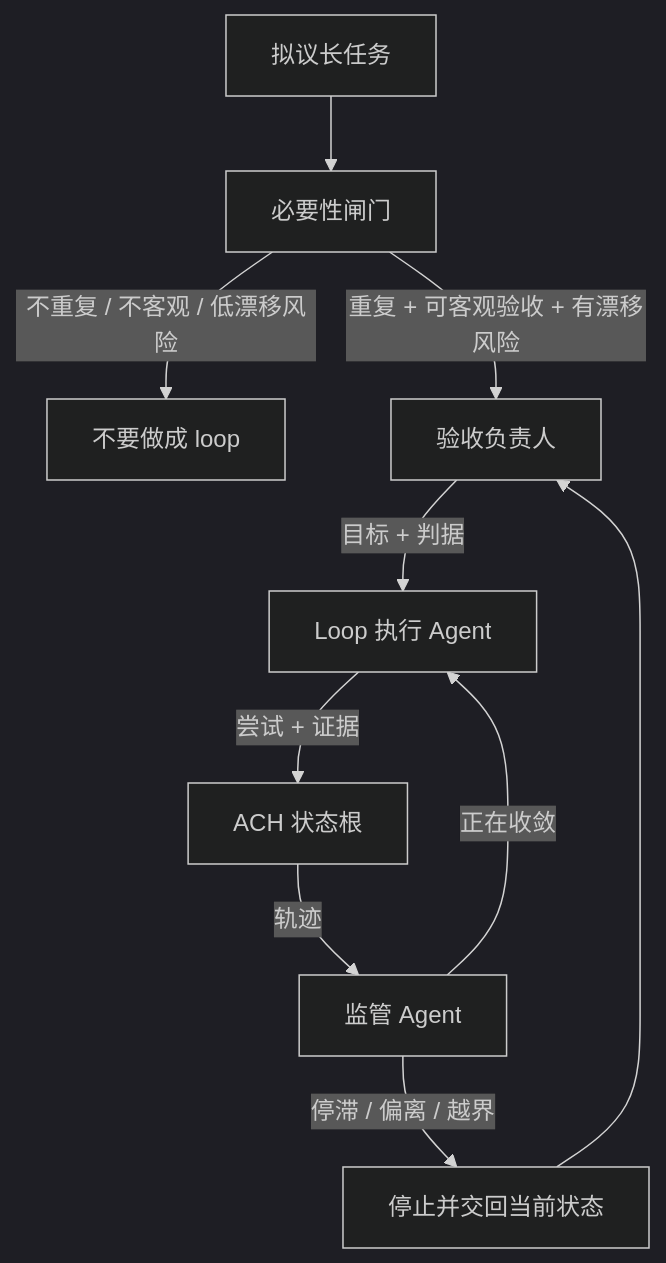
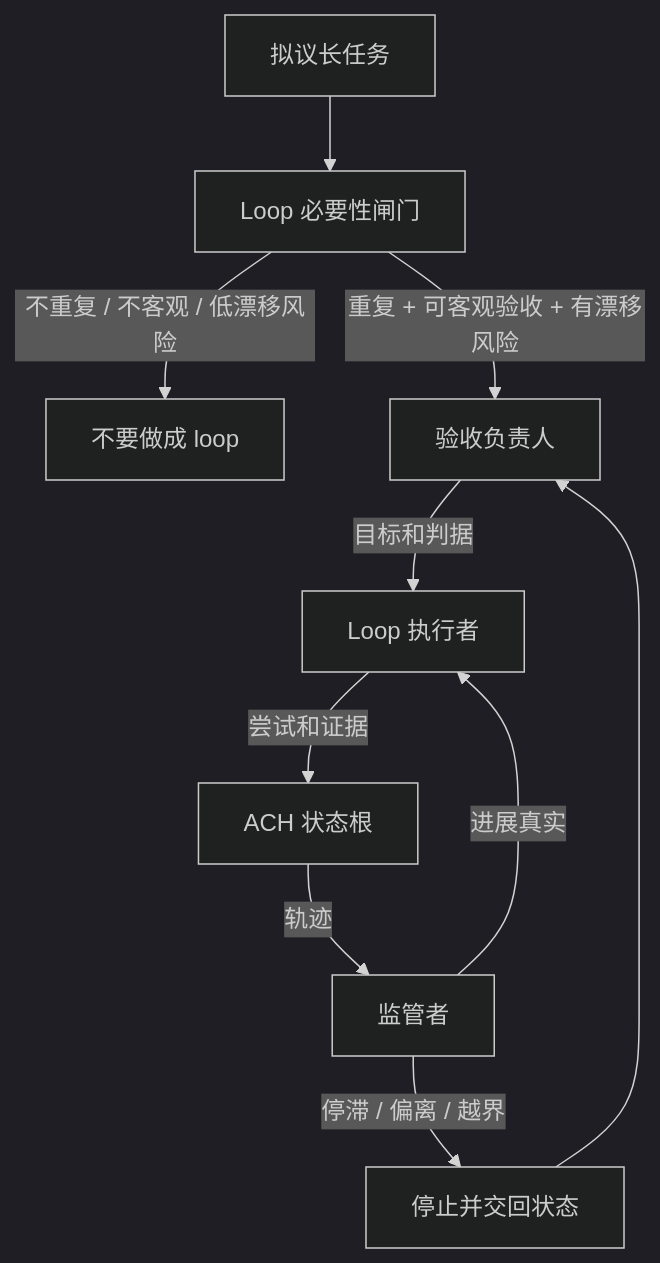
One commit to bagbag16/loop-builder changed the diagram in README.zh.md. Above: the diagram before and after it, drawn with Mermaid (dark theme). The commit also changed other lines of this file, not shown here.

````diff
--- a/README.zh.md
+++ b/README.zh.md
@@ -16,12 +12,12 @@
 ```mermaid
 flowchart TD
-  T["拟议长任务"] --> G["必要性闸门"]
+  T["拟议长任务"] --> G["Loop 必要性闸门"]
   G -->|"不重复 / 不客观 / 低漂移风险"| N["不要做成 loop"]
   G -->|"重复 + 可客观验收 + 有漂移风险"| A["验收负责人"]
-  A -->|"目标 + 判据"| L["Loop 执行 Agent"]
-  L -->|"尝试 + 证据"| S["ACH 状态根"]
-  S -->|"轨迹"| R["监管 Agent"]
-  R -->|"正在收敛"| L
-  R -->|"停滞 / 偏离 / 越界"| H["停止并交回当前状态"]
+  A -->|"目标和判据"| L["Loop 执行者"]
+  L -->|"尝试和证据"| S["ACH 状态根"]
+  S -->|"轨迹"| R["监管者"]
+  R -->|"进展真实"| L
+  R -->|"停滞 / 偏离 / 越界"| H["停止并交回状态"]
   H --> A
 ```
````
